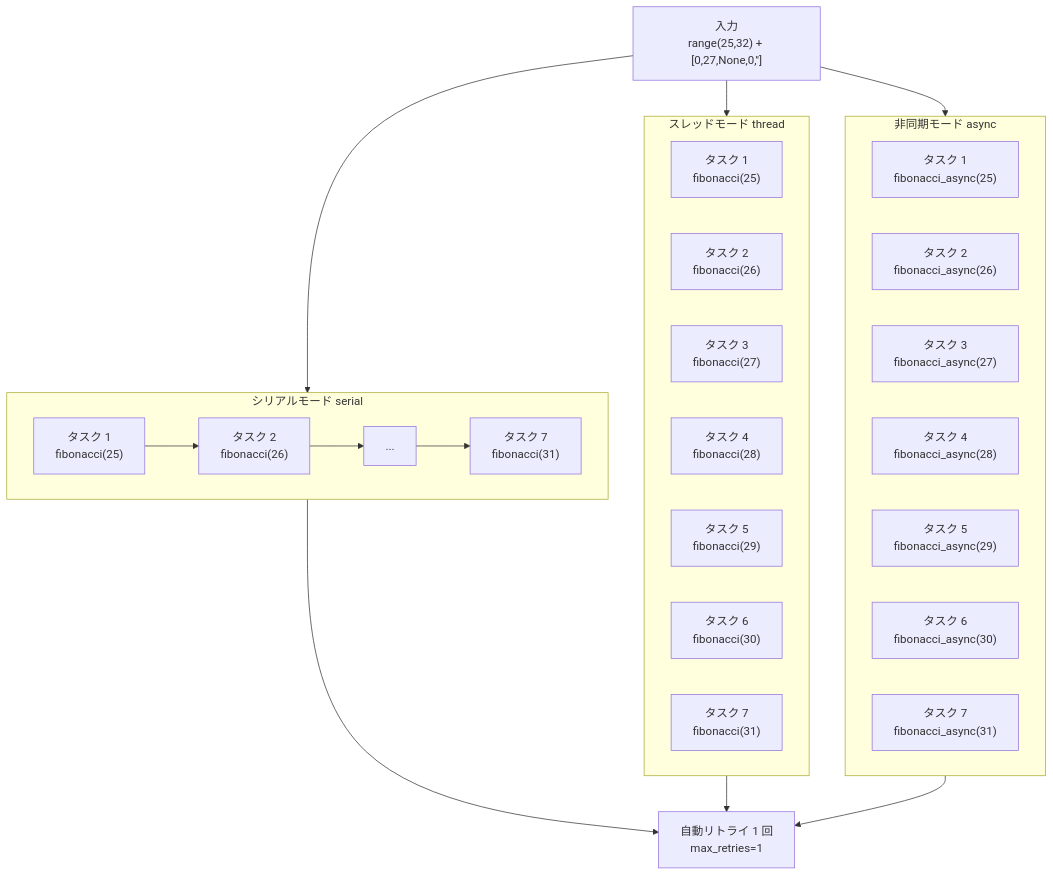
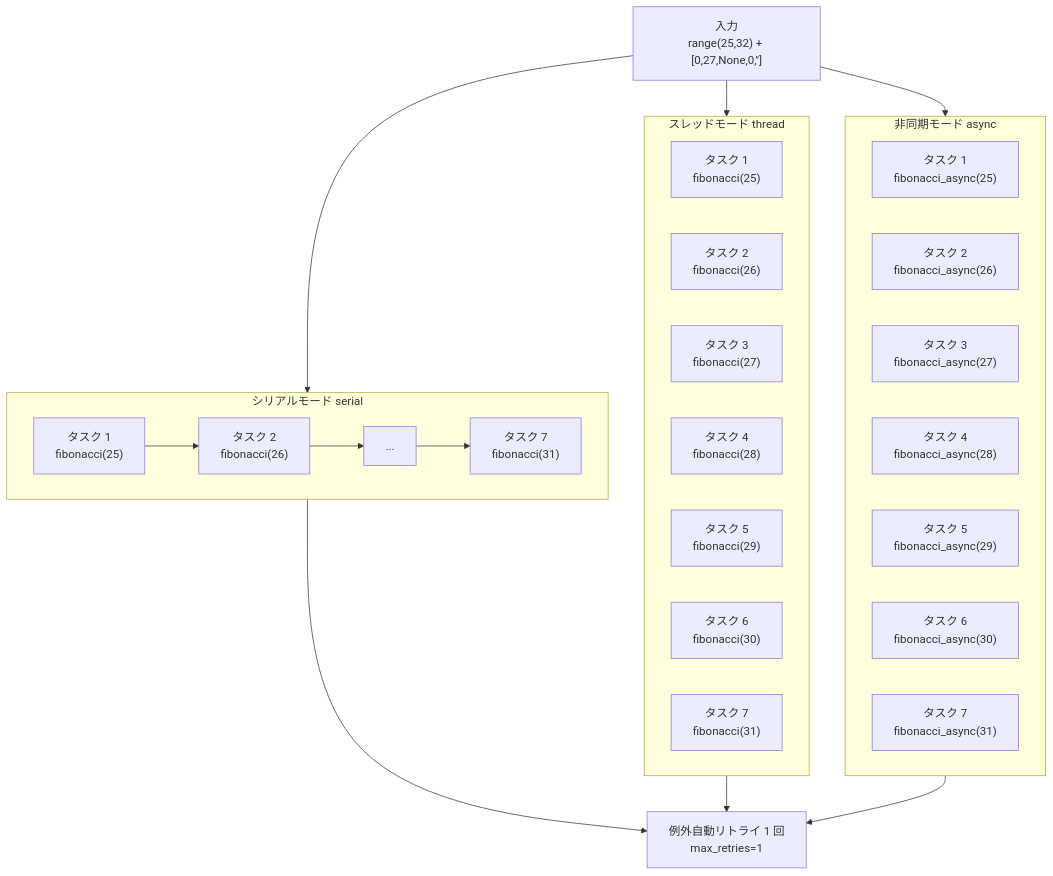
The diagram in docs/ja/demo/demo_executor.md (Mr-xiaotian/CelestialFlow), drawn with Mermaid before and after one commit. The commit also changed other lines of this file and 278 other files, not shown here.

````diff
--- a/docs/ja/demo/demo_executor.md
+++ b/docs/ja/demo/demo_executor.md
@@ -13,39 +13,39 @@
 ```mermaid
 flowchart TB
     subgraph Serial["シリアルモード serial"]
         direction LR
         T1_1["タスク 1<br/>fibonacci(25)"] --> T1_2["タスク 2<br/>fibonacci(26)"]
         T1_2 --> T1_3["..."]
         T1_3 --> T1_4["タスク 7<br/>fibonacci(31)"]
     end
 
     subgraph Thread["スレッドモード thread"]
         direction LR
         T2_1["タスク 1<br/>fibonacci(25)"]
         T2_2["タスク 2<br/>fibonacci(26)"]
         T2_3["タスク 3<br/>fibonacci(27)"]
         T2_4["タスク 4<br/>fibonacci(28)"]
         T2_5["タスク 5<br/>fibonacci(29)"]
         T2_6["タスク 6<br/>fibonacci(30)"]
         T2_7["タスク 7<br/>fibonacci(31)"]
     end
 
     subgraph Async["非同期モード async"]
         direction LR
         T3_1["タスク 1<br/>fibonacci_async(25)"]
         T3_2["タスク 2<br/>fibonacci_async(26)"]
         T3_3["タスク 3<br/>fibonacci_async(27)"]
         T3_4["タスク 4<br/>fibonacci_async(28)"]
         T3_5["タスク 5<br/>fibonacci_async(29)"]
         T3_6["タスク 6<br/>fibonacci_async(30)"]
         T3_7["タスク 7<br/>fibonacci_async(31)"]
     end
 
     Input["入力<br/>range(25,32) + [0,27,None,0,'']"] --> Serial
     Input --> Thread
     Input --> Async
 
-    Serial --> Retry["自動リトライ 1 回<br/>max_retries=1"]
+    Serial --> Retry["例外自動リトライ 1 回<br/>max_retries=1"]
     Thread --> Retry
     Async --> Retry
 ```
````
